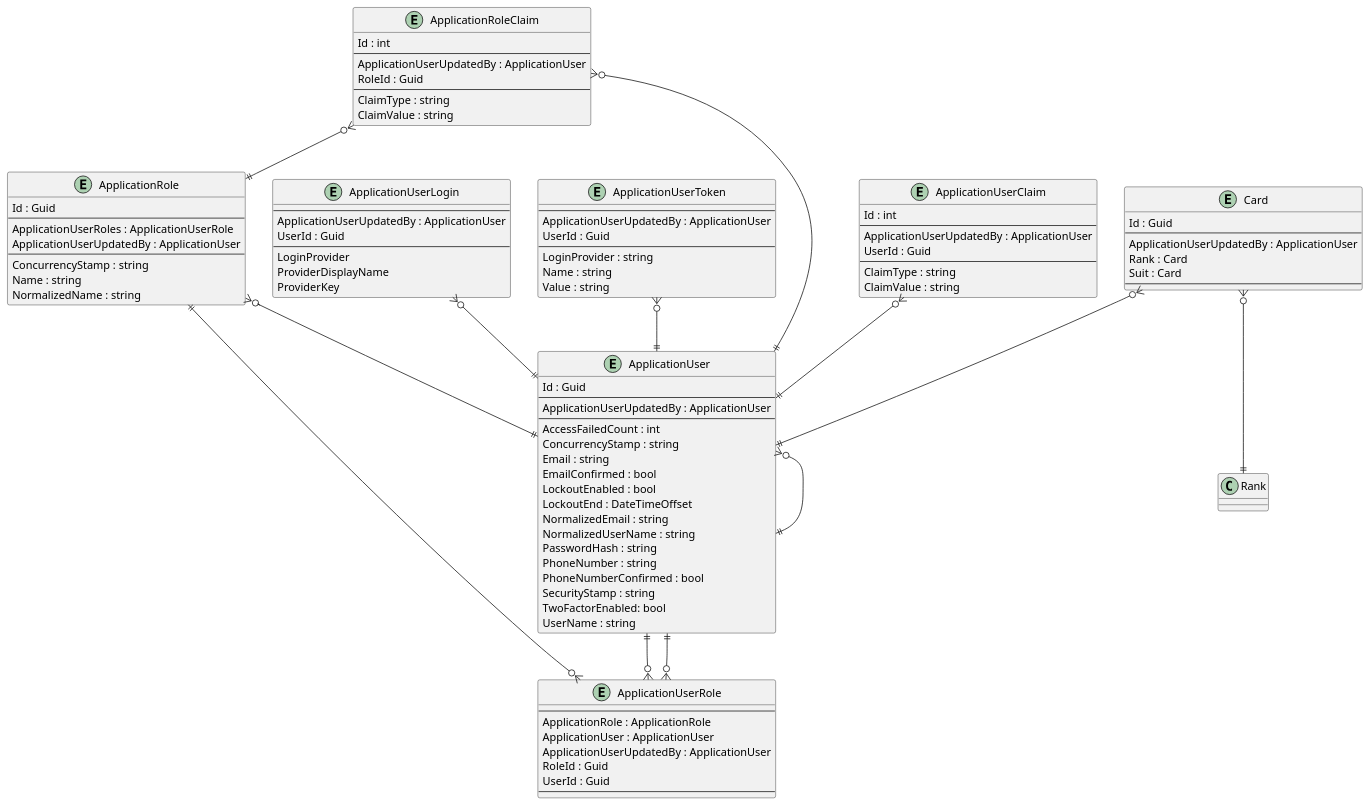
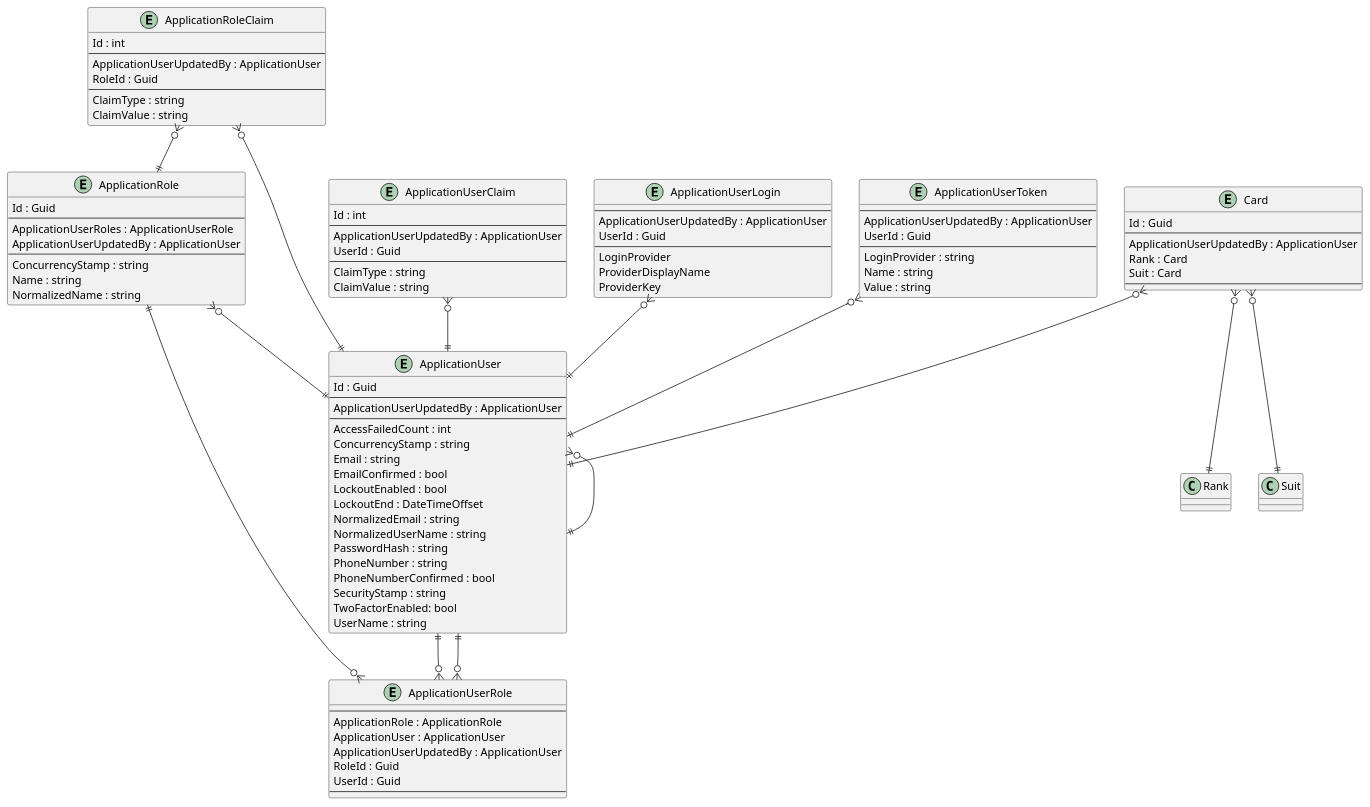
The diagram in .docs/Intrepion.KlondikeSolitaire.pu (intrepion/intrepion_klondike-solitaire_csharp), drawn with PlantUML before and after one commit.

```diff
--- a/.docs/Intrepion.KlondikeSolitaire.pu
+++ b/.docs/Intrepion.KlondikeSolitaire.pu
@@ -1,114 +1,115 @@
 @startuml
 
 entity ApplicationRole {
     Id : Guid
     --
     ApplicationUserRoles : ApplicationUserRole
     ApplicationUserUpdatedBy : ApplicationUser
     --
     ConcurrencyStamp : string
     Name : string
     NormalizedName : string
 }
 
 entity ApplicationRoleClaim {
     Id : int
     --
     ApplicationUserUpdatedBy : ApplicationUser
     RoleId : Guid
     --
     ClaimType : string
     ClaimValue : string
 }
 
 entity ApplicationUser {
     Id : Guid
     --
     ApplicationUserUpdatedBy : ApplicationUser
     ' ApplicationUserKeyCodePlaceholder
     --
     AccessFailedCount : int
     ConcurrencyStamp : string
     Email : string
     EmailConfirmed : bool
     LockoutEnabled : bool
     LockoutEnd : DateTimeOffset
     NormalizedEmail : string
     NormalizedUserName : string
     PasswordHash : string
     PhoneNumber : string
     PhoneNumberConfirmed : bool
     SecurityStamp : string
     TwoFactorEnabled: bool
     UserName : string
 }
 
 entity ApplicationUserClaim {
     Id : int
     --
     ApplicationUserUpdatedBy : ApplicationUser
     UserId : Guid
     --
     ClaimType : string
     ClaimValue : string
 }
 
 entity ApplicationUserLogin {
     --
     ApplicationUserUpdatedBy : ApplicationUser
     UserId : Guid
     --
     LoginProvider
     ProviderDisplayName
     ProviderKey
 }
 
 entity ApplicationUserRole {
     --
     ApplicationRole : ApplicationRole
     ApplicationUser : ApplicationUser
     ApplicationUserUpdatedBy : ApplicationUser
     RoleId : Guid
     UserId : Guid
     --
 }
 
 entity ApplicationUserToken {
     --
     ApplicationUserUpdatedBy : ApplicationUser
     UserId : Guid
     --
     LoginProvider : string
     Name : string
     Value : string
 }
 
 entity Card {
     Id : Guid
     --
     ApplicationUserUpdatedBy : ApplicationUser
     Rank : Card
     Suit : Card
     ' CardKeyCodePlaceholder
     --
     ' CardPropertyCodePlaceholder
 }
 
 ' EntityCodePlaceholder
 
 ApplicationRole ||--o{ ApplicationUserRole
 ApplicationRole }o--|| ApplicationUser
 ApplicationRoleClaim }o--|| ApplicationRole
 ApplicationRoleClaim }o--|| ApplicationUser
 ApplicationUser }o--|| ApplicationUser
 ApplicationUser ||--o{ ApplicationUserRole
 ApplicationUserClaim }o--|| ApplicationUser
 ApplicationUserLogin }o--|| ApplicationUser
 ApplicationUserRole }o--|| ApplicationUser
 ApplicationUserToken }o--|| ApplicationUser
 
 Card }o--|| ApplicationUser
 Card }o--|| Rank
+Card }o--|| Suit
 ' RelationshipCodePlaceholder
 
 @enduml
```
